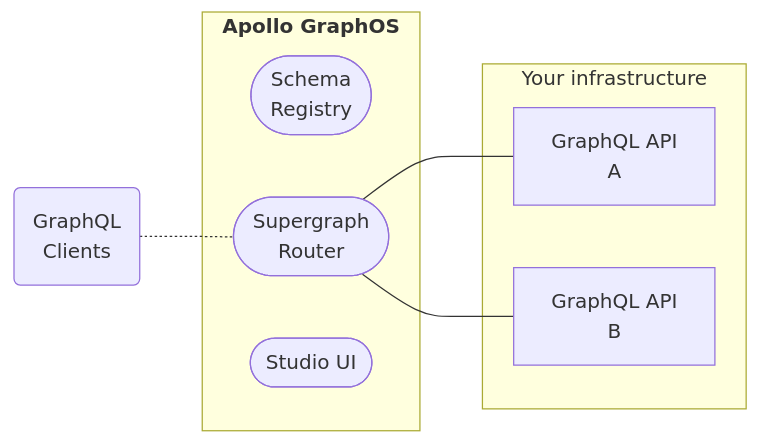
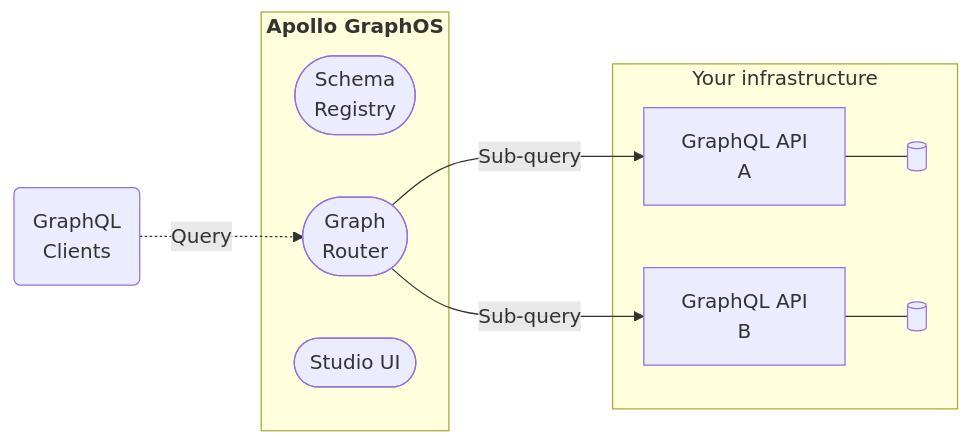
The diagram in src/content/graphos/basics/index.mdx (apollographql/docs), drawn with Mermaid before and after one commit. The commit also changed other lines of this file and 15 other files, not shown here.

Commit message:
Miscellaneous GraphOS docs tidying

````diff
--- a/src/content/graphos/basics/index.mdx
+++ b/src/content/graphos/basics/index.mdx
@@ -10,16 +10,20 @@
 ```mermaid
 flowchart LR;
   clients("GraphQL<br/>Clients");
   subgraph "<b>Apollo GraphOS</b>";
   registry(["Schema<br/>Registry"]);
-  router(["Supergraph<br/>Router"]);
+  router(["Graph<br/>Router"]);
   studio(["Studio UI"]);
   end;
   subgraph "Your infrastructure";
   products["GraphQL API<br/>A"];
   reviews["GraphQL API<br/>B"];
-  router --- products & reviews
+  router -->|Sub-query| products & reviews
+  dbA[( )];
+  dbB[( )];
+  products --- dbA;
+  reviews --- dbB;
   end;
-  clients -.- router;
+  clients -.->|Query| router;
   class clients secondary;
 ```
````
